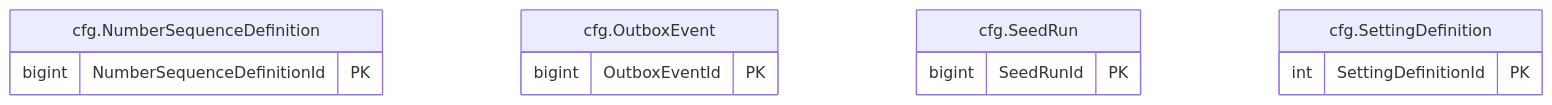
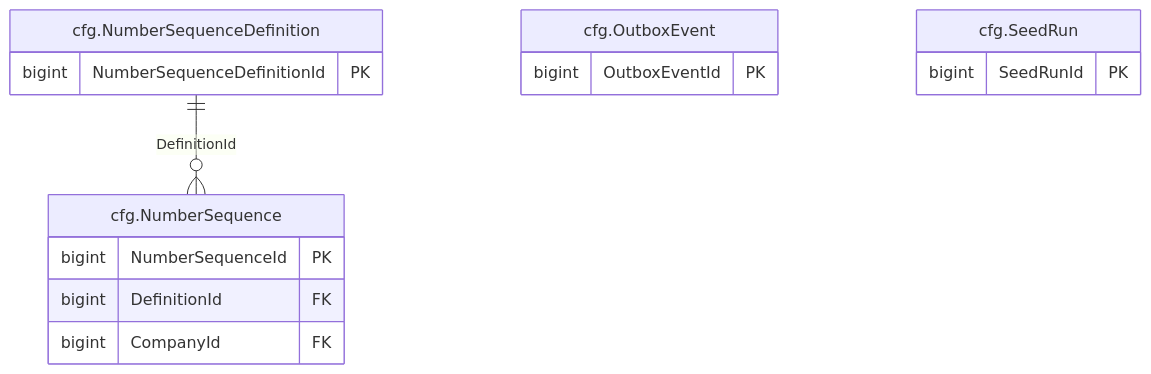
The diagram in treasury-platform/docs/diagrams/erd/m0_config_3.mmd (thawrasy/smartlines), drawn with Mermaid before and after one commit. The commit also changed 78 other files, not shown here.

First line of the commit message:
Design-and-ERD document and its diagrams rebuilt for the S1 entry conditions

```diff
--- a/treasury-platform/docs/diagrams/erd/m0_config_3.mmd
+++ b/treasury-platform/docs/diagrams/erd/m0_config_3.mmd
@@ -1,14 +1,17 @@
 %% م0 · الإعدادات والمهام الخلفية (3/4) — Configuration & background jobs
 erDiagram
+  cfg_NumberSequence["cfg.NumberSequence"] {
+    bigint NumberSequenceId PK
+    bigint DefinitionId FK
+    bigint CompanyId FK
+  }
   cfg_NumberSequenceDefinition["cfg.NumberSequenceDefinition"] {
     bigint NumberSequenceDefinitionId PK
   }
   cfg_OutboxEvent["cfg.OutboxEvent"] {
     bigint OutboxEventId PK
   }
   cfg_SeedRun["cfg.SeedRun"] {
     bigint SeedRunId PK
   }
-  cfg_SettingDefinition["cfg.SettingDefinition"] {
-    int SettingDefinitionId PK
-  }
+  cfg_NumberSequenceDefinition ||--o{ cfg_NumberSequence : "DefinitionId"
```
